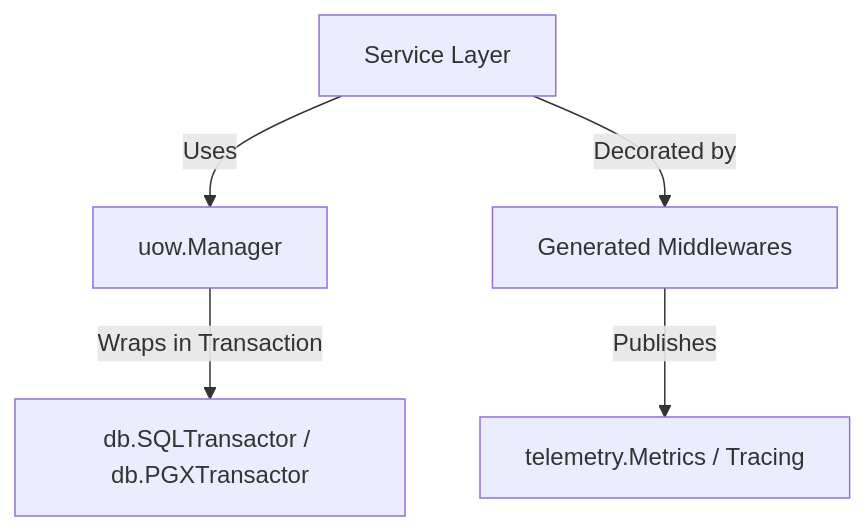
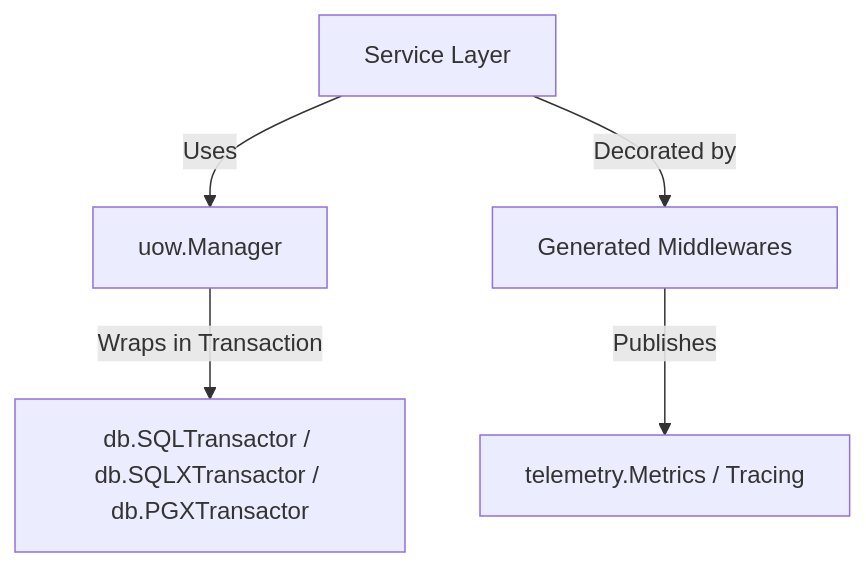
One commit to pobochiigo/silo changed the first of 5 diagrams in README.md. Above: the diagram before and after it, drawn with Mermaid. The commit also changed other lines of this file and 3 other files, not shown here.

````diff
--- a/README.md
+++ b/README.md
@@ -86,7 +86,7 @@
 ```mermaid
 graph TD
     Service[Service Layer] -->|Uses| UoW[uow.Manager]
-    UoW -->|Wraps in Transaction| DB[db.SQLTransactor / db.PGXTransactor]
+    UoW -->|Wraps in Transaction| DB[db.SQLTransactor / db.SQLXTransactor / db.PGXTransactor]
     Service -->|Decorated by| Middleware[Generated Middlewares]
     Middleware -->|Publishes| Telemetry[telemetry.Metrics / Tracing]
 ```
````
